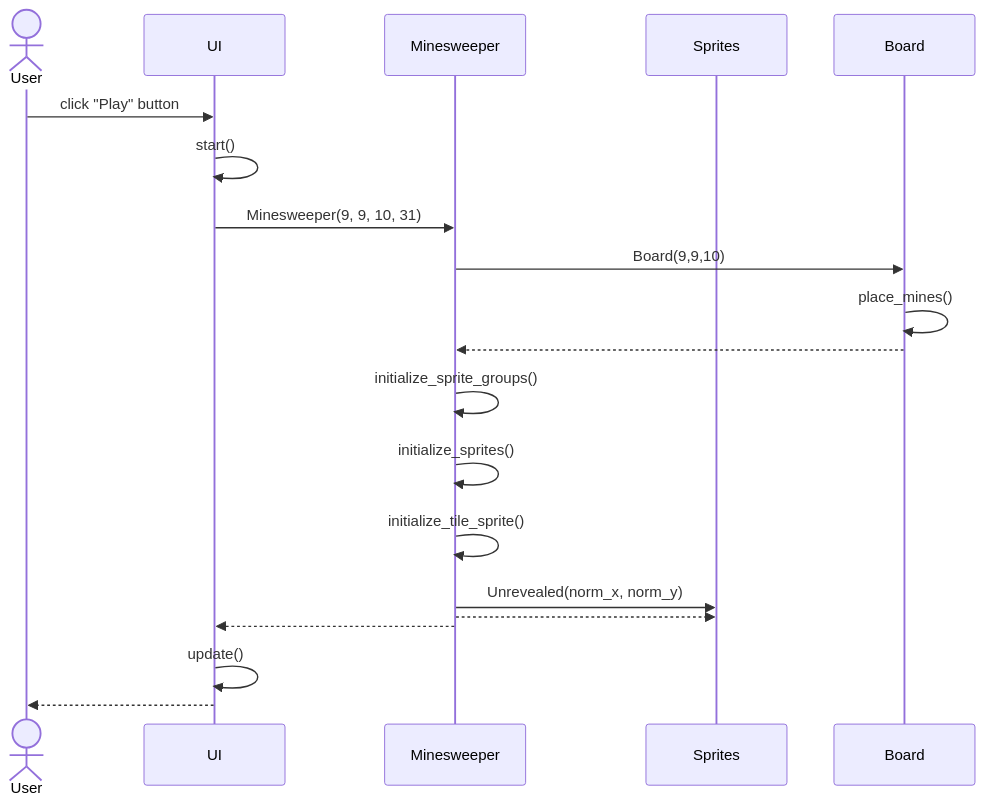
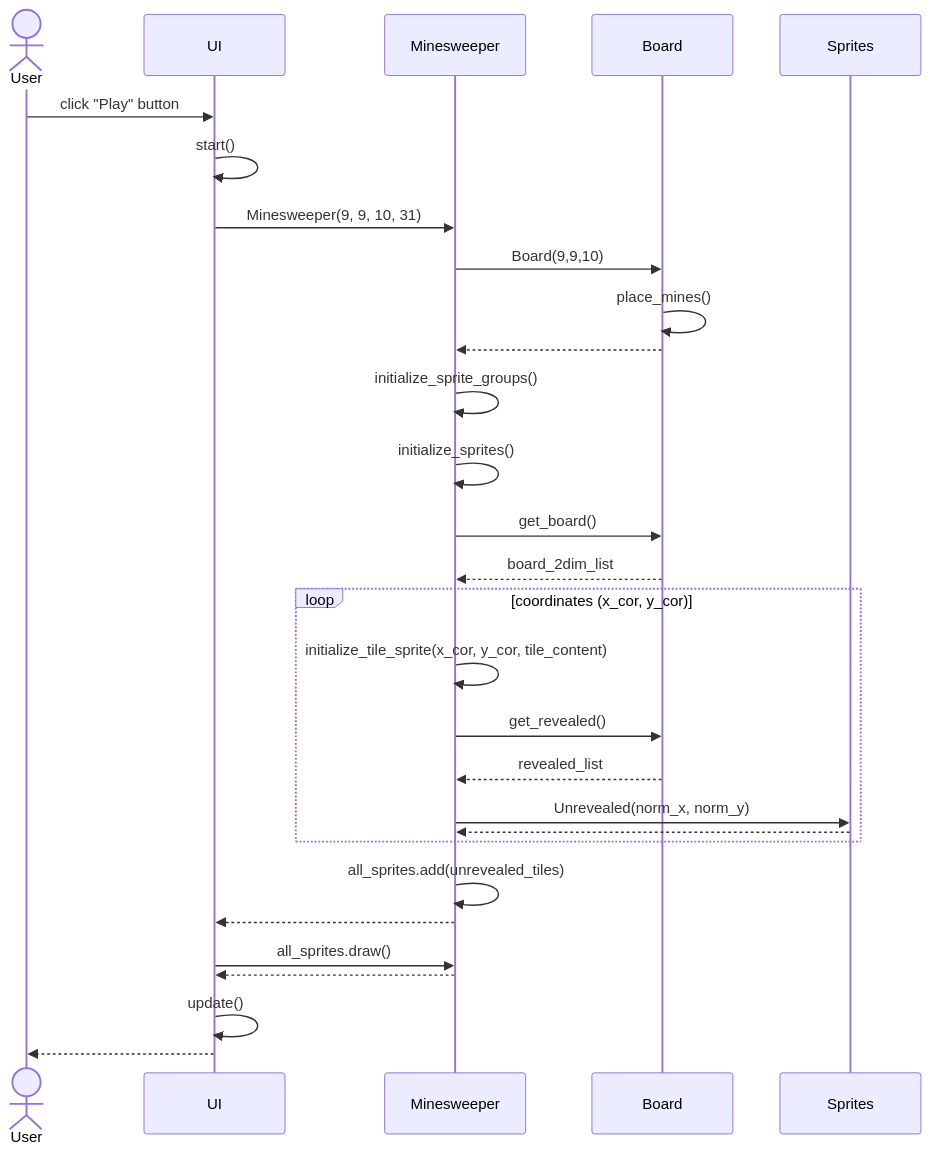
Before and after one commit to xelmas/ot-miinaharava: the second of 2 diagrams in dokumentaatio/arkkitehtuuri.md, drawn with Mermaid. The commit also changed other lines of this file and 3 other files, not shown here.

````diff
--- a/dokumentaatio/arkkitehtuuri.md
+++ b/dokumentaatio/arkkitehtuuri.md
@@ -49,22 +55,31 @@
 ```mermaid
 sequenceDiagram
   actor User
   participant UI
   participant Minesweeper
+  participant Board
   participant Sprites
-  participant Board
   User ->> UI: click "Play" button
   UI ->> UI: start()
   UI ->> Minesweeper: Minesweeper(9, 9, 10, 31)
   Minesweeper ->> Board: Board(9,9,10)
   Board ->> Board: place_mines()
   Board -->> Minesweeper: 
   Minesweeper ->> Minesweeper: initialize_sprite_groups()
   Minesweeper ->> Minesweeper: initialize_sprites()
-  Minesweeper ->> Minesweeper: initialize_tile_sprite()
-  Minesweeper ->> Sprites: Unrevealed(norm_x, norm_y)
-  Minesweeper -->> Sprites: 
+  Minesweeper ->> Board: get_board()
+  Board -->> Minesweeper: board_2dim_list
+  loop coordinates (x_cor, y_cor)
+    Minesweeper ->> Minesweeper: initialize_tile_sprite(x_cor, y_cor, tile_content)
+    Minesweeper ->> Board: get_revealed()
+    Board -->> Minesweeper: revealed_list
+    Minesweeper ->> Sprites: Unrevealed(norm_x, norm_y)
+    Sprites -->> Minesweeper: 
+  end
+  Minesweeper ->> Minesweeper: all_sprites.add(unrevealed_tiles)
+  Minesweeper -->> UI: 
+  UI ->> Minesweeper: all_sprites.draw()
   Minesweeper -->> UI: 
   UI ->> UI: update()
   UI -->> User: 
 ```
````
